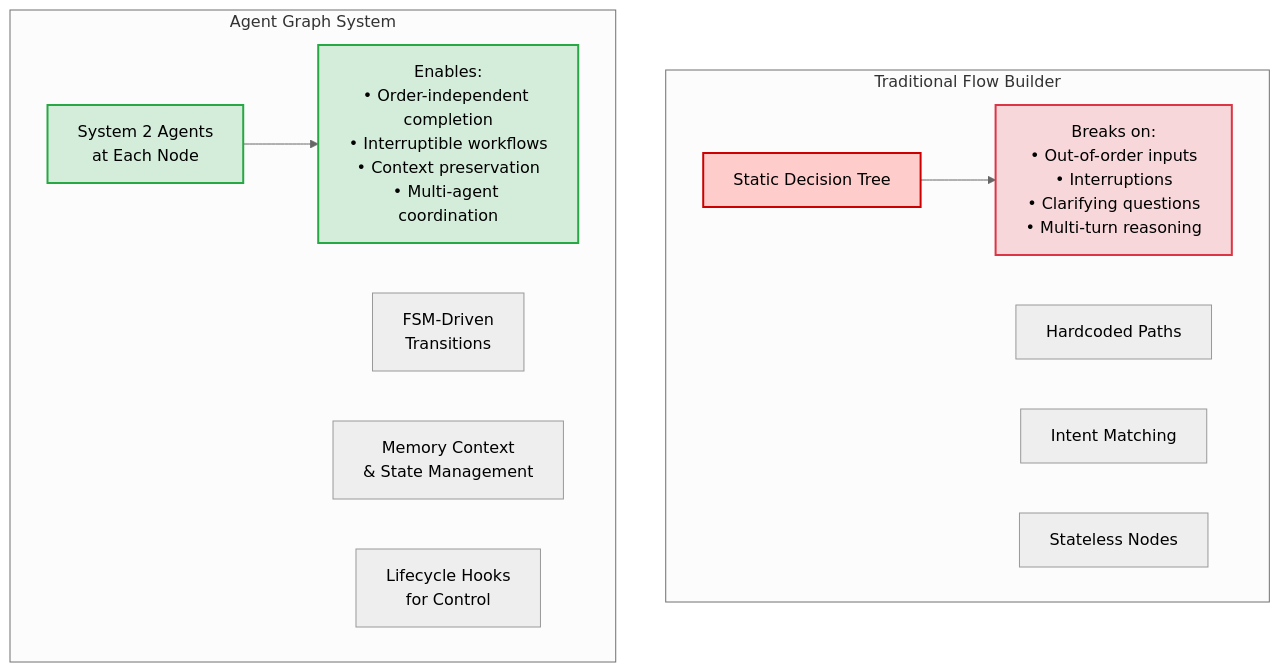
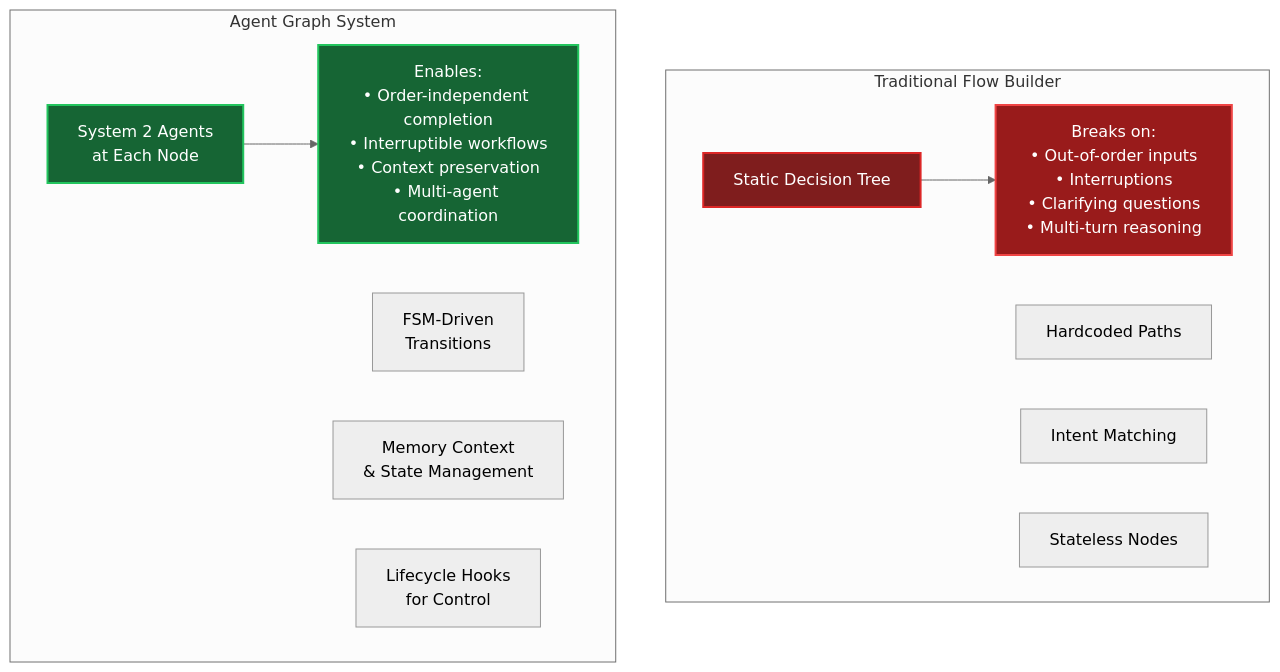
Before and after one commit to arupsarkar-sfdc/Misc: the sixth of 16 diagrams in agentforce/agent-graph/README_Agentforce_Graph_Architecture_Flow.md, drawn with Mermaid (neutral theme). The commit also changed other lines of this file and 4 other files, not shown here.

Commit message:
feat: addred segmentation logic and updated process diagrams and sequence diagram with dark mode colors and sequence steps

````diff
--- a/agentforce/agent-graph/README_Agentforce_Graph_Architecture_Flow.md
+++ b/agentforce/agent-graph/README_Agentforce_Graph_Architecture_Flow.md
@@ -517,23 +517,23 @@
 ```mermaid
 graph TB
     subgraph "Traditional Flow Builder"
         TF1[Static Decision Tree]
         TF2[Hardcoded Paths]
         TF3[Intent Matching]
         TF4[Stateless Nodes]
         TF1 --> Break[Breaks on:<br/>• Out-of-order inputs<br/>• Interruptions<br/>• Clarifying questions<br/>• Multi-turn reasoning]
     end
     
     subgraph "Agent Graph System"
         AG1[System 2 Agents<br/>at Each Node]
         AG2[FSM-Driven<br/>Transitions]
         AG3[Memory Context<br/>& State Management]
         AG4[Lifecycle Hooks<br/>for Control]
         AG1 --> Enables[Enables:<br/>• Order-independent completion<br/>• Interruptible workflows<br/>• Context preservation<br/>• Multi-agent coordination]
     end
     
-    style Break fill:#f8d7da,stroke:#dc3545,stroke-width:2px
-    style Enables fill:#d4edda,stroke:#28a745,stroke-width:2px
-    style TF1 fill:#ffcccc,stroke:#cc0000,stroke-width:2px
-    style AG1 fill:#d4edda,stroke:#28a745,stroke-width:2px
+    style Break fill:#991b1b,stroke:#ef4444,stroke-width:2px,color:#ffffff
+    style Enables fill:#166534,stroke:#22c55e,stroke-width:2px,color:#ffffff
+    style TF1 fill:#7f1d1d,stroke:#dc2626,stroke-width:2px,color:#ffffff
+    style AG1 fill:#166534,stroke:#22c55e,stroke-width:2px,color:#ffffff
 ```
````
